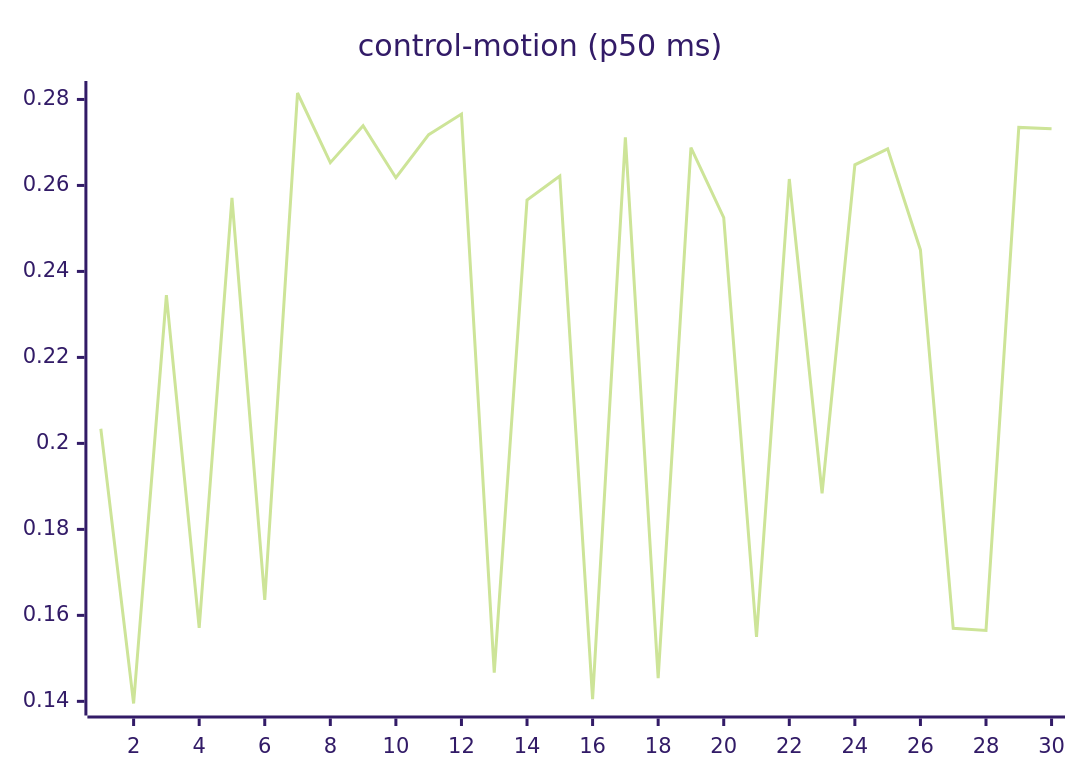
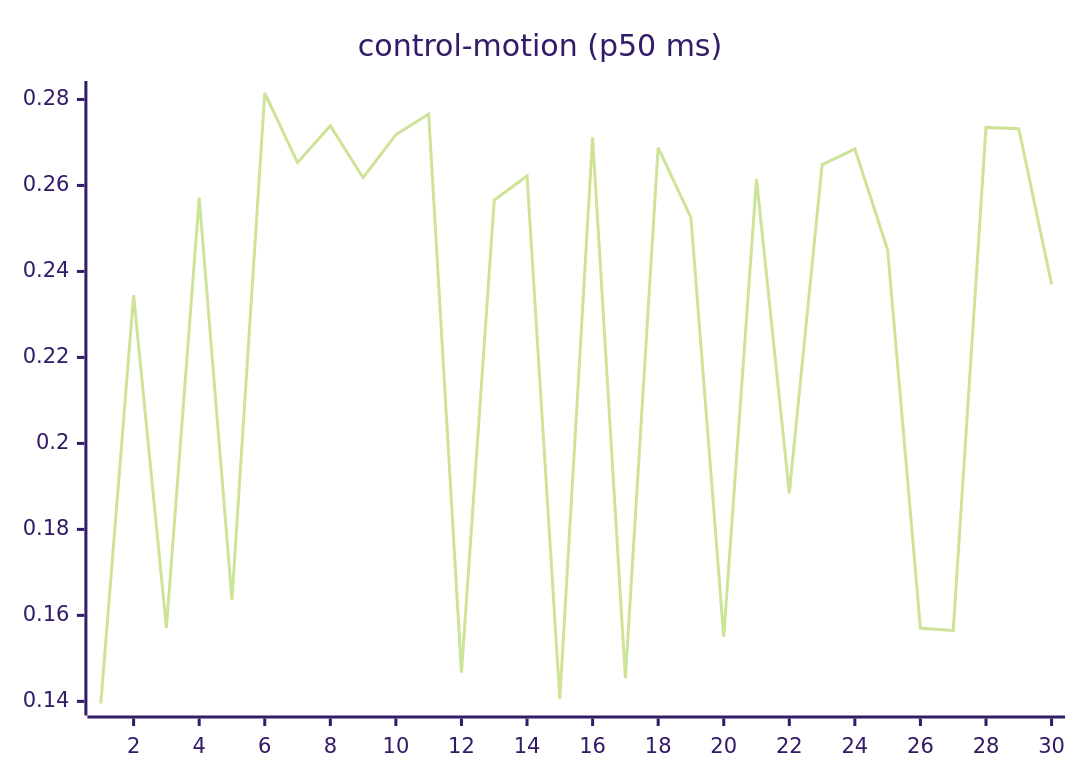
Before and after one commit to josha/Facet: the seventh of 27 diagrams in README.md, drawn with Mermaid (forest theme). The commit also changed other lines of this file and 2 other files, not shown here.

````diff
--- a/README.md
+++ b/README.md
@@ -105,6 +105,6 @@
 ```mermaid
 xychart-beta
     title "control-motion (p50 ms)"
     x-axis 1 --> 30
-    line [0.2034, 0.1395, 0.2345, 0.1571, 0.2571, 0.1636, 0.2815, 0.2653, 0.2739, 0.2618, 0.2718, 0.2766, 0.1467, 0.2566, 0.2622, 0.1405, 0.2712, 0.1454, 0.2688, 0.2525, 0.1550, 0.2615, 0.1884, 0.2648, 0.2685, 0.2450, 0.1570, 0.1565, 0.2735, 0.2732]
+    line [0.1395, 0.2345, 0.1571, 0.2571, 0.1636, 0.2815, 0.2653, 0.2739, 0.2618, 0.2718, 0.2766, 0.1467, 0.2566, 0.2622, 0.1405, 0.2712, 0.1454, 0.2688, 0.2525, 0.1550, 0.2615, 0.1884, 0.2648, 0.2685, 0.2450, 0.1570, 0.1565, 0.2735, 0.2732, 0.2370]
 ```
````
